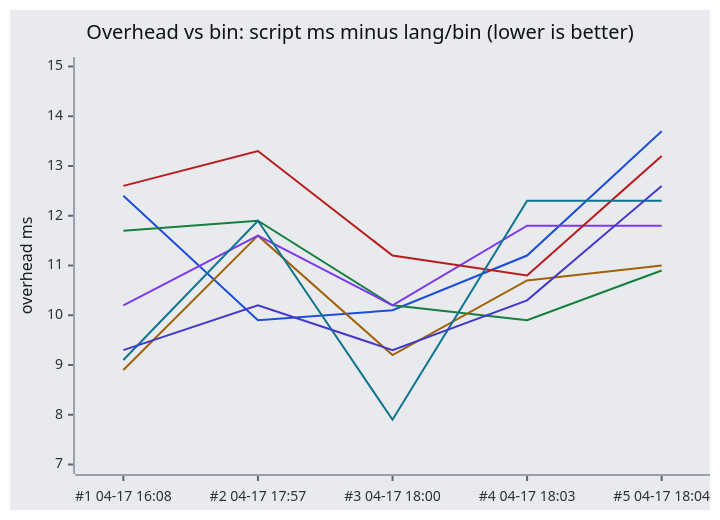
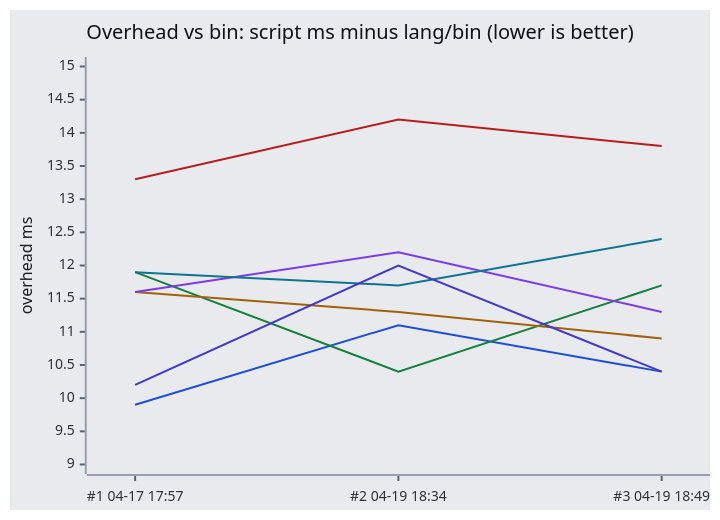
Before and after one commit to bdombro/shebangsy: the first of 5 diagrams in benches-report.md, drawn with Mermaid. The commit also changed other lines of this file and 15 other files, not shown here.

````diff
--- a/benches-report.md
+++ b/benches-report.md
@@ -11,29 +11,29 @@
 ```mermaid
 ---
 config:
   themeVariables:
     xyChart:
       backgroundColor: "#e8eaed"
       plotColorPalette: "#1d4ed8, #15803d, #a16207, #7c3aed, #b91c1c, #0e7490, #4338ca"
       titleColor: "#111318"
       xAxisLabelColor: "#2d3139"
       yAxisLabelColor: "#2d3139"
       xAxisTitleColor: "#1a1d24"
       yAxisTitleColor: "#1a1d24"
       xAxisLineColor: "#9aa0ab"
       yAxisLineColor: "#9aa0ab"
       xAxisTickColor: "#5c6370"
       yAxisTickColor: "#5c6370"
 ---
 xychart-beta
     title "Overhead vs bin: script ms minus lang/bin (lower is better)"
-    x-axis ["#1 04-17 16:08", "#2 04-17 17:57", "#3 04-17 18:00", "#4 04-17 18:03", "#5 04-17 18:04"]
-    y-axis "overhead ms" 7 --> 15
-    line [12.4, 9.9, 10.1, 11.2, 13.7]
-    line [11.7, 11.9, 10.2, 9.9, 10.9]
-    line [8.9, 11.6, 9.2, 10.7, 11.0]
-    line [10.2, 11.6, 10.2, 11.8, 11.8]
-    line [12.6, 13.3, 11.2, 10.8, 13.2]
-    line [9.1, 11.9, 7.9, 12.3, 12.3]
-    line [9.3, 10.2, 9.3, 10.3, 12.6]
+    x-axis ["#1 04-17 17:57", "#2 04-19 18:34", "#3 04-19 18:49"]
+    y-axis "overhead ms" 9 --> 15
+    line [9.9, 11.1, 10.4]
+    line [11.9, 10.4, 11.7]
+    line [11.6, 11.3, 10.9]
+    line [11.6, 12.2, 11.3]
+    line [13.3, 14.2, 13.8]
+    line [11.9, 11.7, 12.4]
+    line [10.2, 12.0, 10.4]
 ```
````
